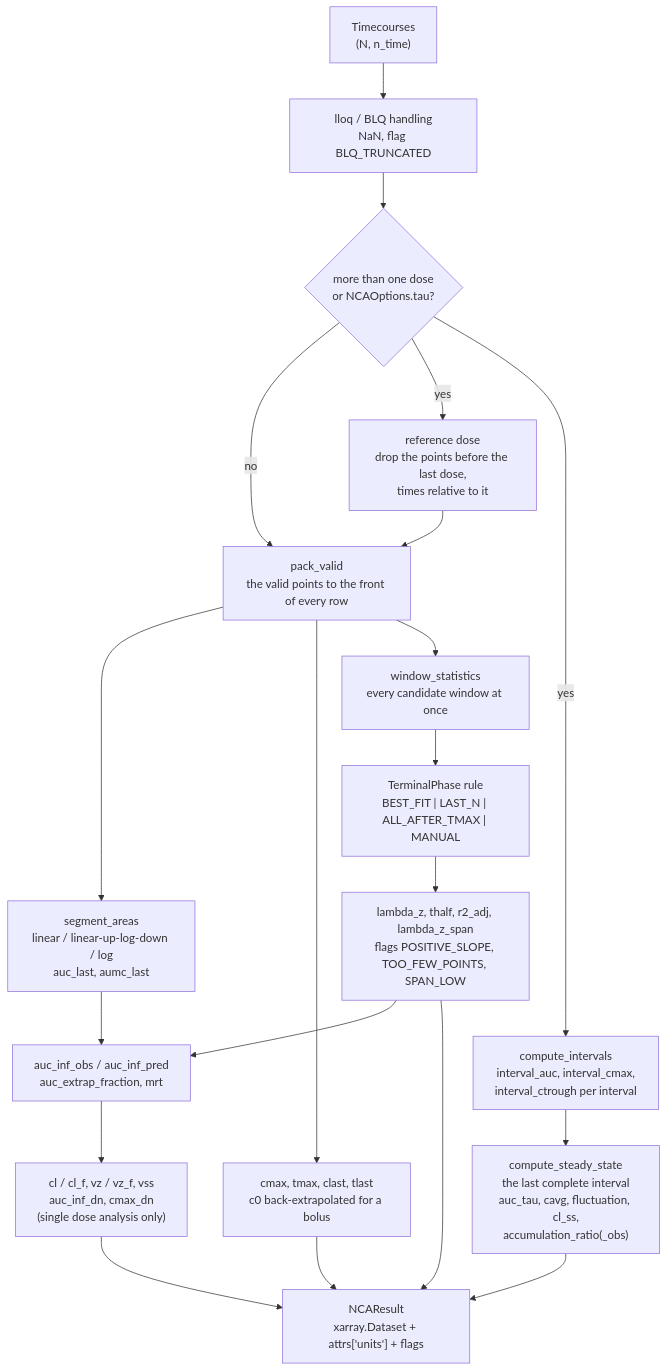
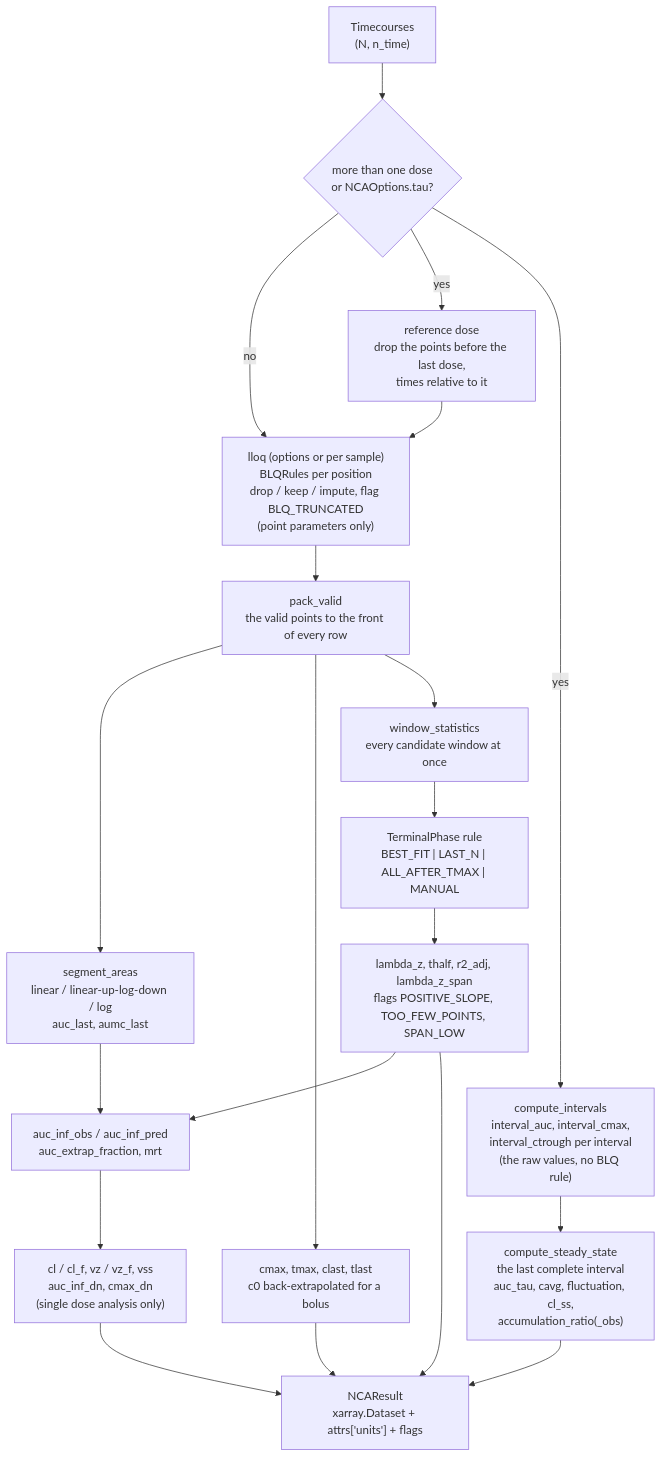
Before and after one commit to matthiaskoenig/pkpdutils: the diagram in docs/nca.md, drawn with Mermaid. The commit also changed other lines of this file and 20 other files, not shown here.

First line of the commit message:
Add the missing NCA parameters, the BLQ rules and the per-sample LLOQ (#89)

````diff
--- a/docs/nca.md
+++ b/docs/nca.md
@@ -29,22 +31,22 @@
 ```mermaid
 flowchart TD
-  IN["Timecourses<br/>(N, n_time)"] --> BLQ["lloq / BLQ handling<br/>NaN, flag BLQ_TRUNCATED"]
-  BLQ --> MD{"more than one dose<br/>or NCAOptions.tau?"}
-  MD -->|no| PACK
+  IN["Timecourses<br/>(N, n_time)"] --> MD{"more than one dose<br/>or NCAOptions.tau?"}
+  MD -->|no| BLQ
   MD -->|yes| REF["reference dose<br/>drop the points before the last dose,<br/>times relative to it"]
-  REF --> PACK["pack_valid<br/>the valid points to the front of every row"]
+  REF --> BLQ["lloq (options or per sample)<br/>BLQRules per position<br/>drop / keep / impute, flag BLQ_TRUNCATED<br/>(point parameters only)"]
+  BLQ --> PACK["pack_valid<br/>the valid points to the front of every row"]
   PACK --> AUC["segment_areas<br/>linear / linear-up-log-down / log<br/>auc_last, aumc_last"]
   PACK --> PEAK["cmax, tmax, clast, tlast<br/>c0 back-extrapolated for a bolus"]
   PACK --> TERM["window_statistics<br/>every candidate window at once"]
   TERM --> PICK["TerminalPhase rule<br/>BEST_FIT | LAST_N | ALL_AFTER_TMAX | MANUAL"]
   PICK --> LZ["lambda_z, thalf, r2_adj, lambda_z_span<br/>flags POSITIVE_SLOPE, TOO_FEW_POINTS, SPAN_LOW"]
   AUC --> EXTRAP["auc_inf_obs / auc_inf_pred<br/>auc_extrap_fraction, mrt"]
   LZ --> EXTRAP
   EXTRAP --> DOSEP["cl / cl_f, vz / vz_f, vss<br/>auc_inf_dn, cmax_dn<br/>(single dose analysis only)"]
-  MD -->|yes| IV["compute_intervals<br/>interval_auc, interval_cmax,<br/>interval_ctrough per interval"]
+  MD -->|yes| IV["compute_intervals<br/>interval_auc, interval_cmax,<br/>interval_ctrough per interval<br/>(the raw values, no BLQ rule)"]
   IV --> SS["compute_steady_state<br/>the last complete interval<br/>auc_tau, cavg, fluctuation, cl_ss,<br/>accumulation_ratio(_obs)"]
   DOSEP --> OUT["NCAResult<br/>xarray.Dataset + attrs['units'] + flags"]
   PEAK --> OUT
   SS --> OUT
   LZ --> OUT
 ```
````
